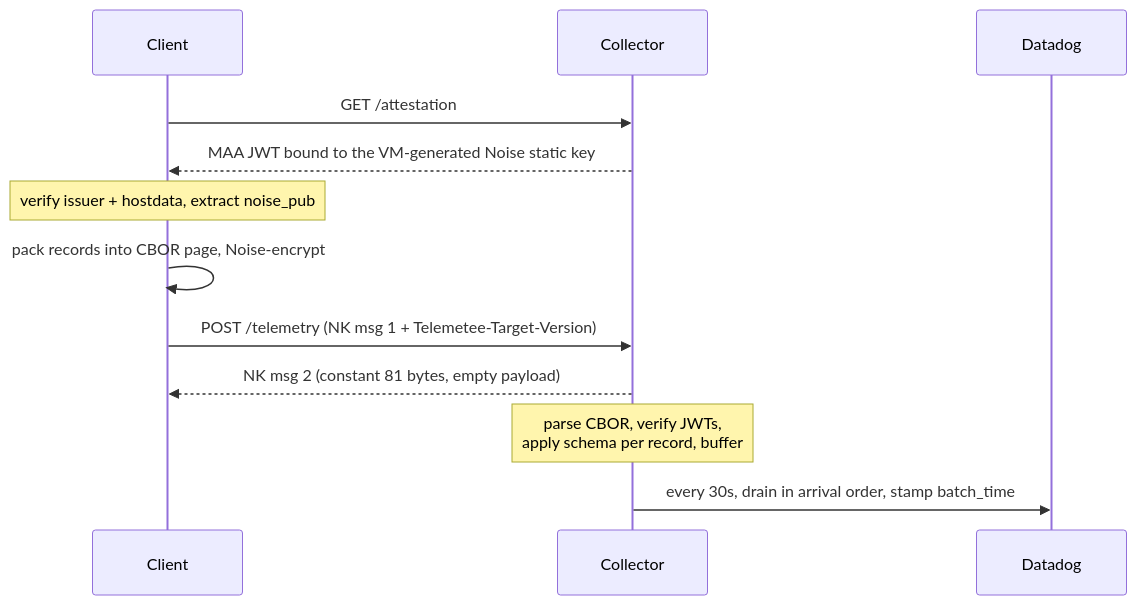
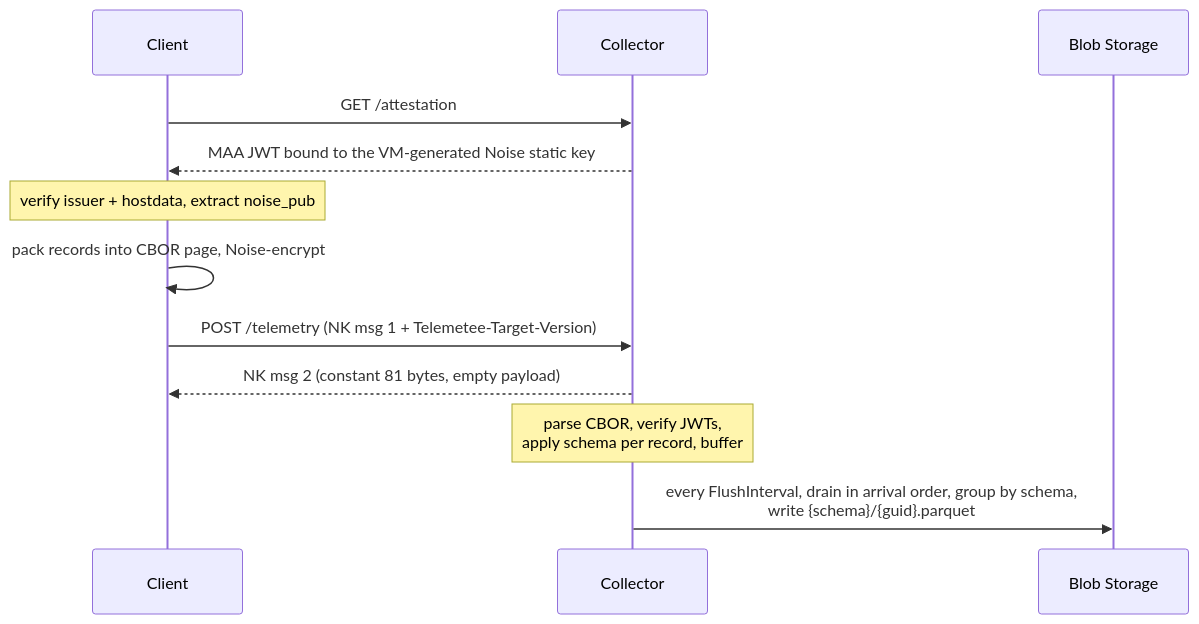
One commit to bitwarden/telemetee changed the diagram in DESIGN.md. Above: the diagram before and after it, drawn with Mermaid. The commit also changed other lines of this file and 23 other files, not shown here.

````diff
--- a/DESIGN.md
+++ b/DESIGN.md
@@ -15,14 +19,14 @@
 ```mermaid
 sequenceDiagram
     participant C as Client
     participant K as Collector
-    participant D as Datadog
+    participant B as Blob Storage
     C->>K: GET /attestation
     K-->>C: MAA JWT bound to the VM-generated Noise static key
     Note over C: verify issuer + hostdata, extract noise_pub
     C->>C: pack records into CBOR page, Noise-encrypt
     C->>K: POST /telemetry  (NK msg 1 + Telemetee-Target-Version)
     K-->>C: NK msg 2 (constant 81 bytes, empty payload)
     Note over K: parse CBOR, verify JWTs,<br/>apply schema per record, buffer
-    K->>D: every 30s, drain in arrival order, stamp batch_time
+    K->>B: every FlushInterval, drain in arrival order, group by schema,<br/>write {schema}/{guid}.parquet
 ```
````
